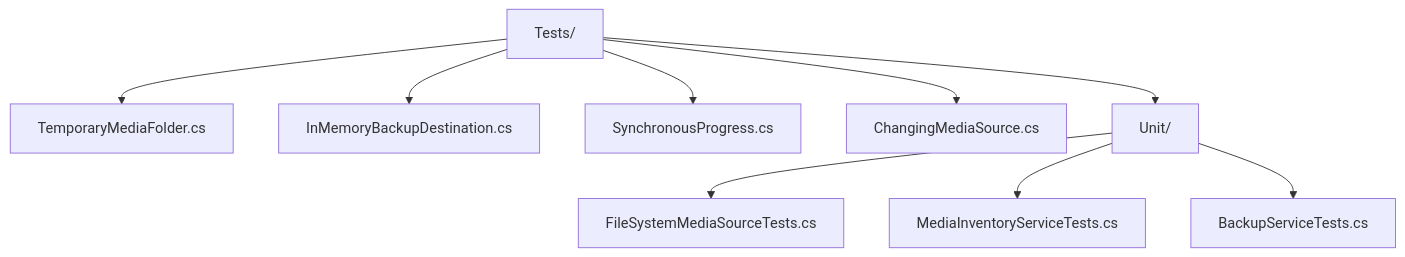
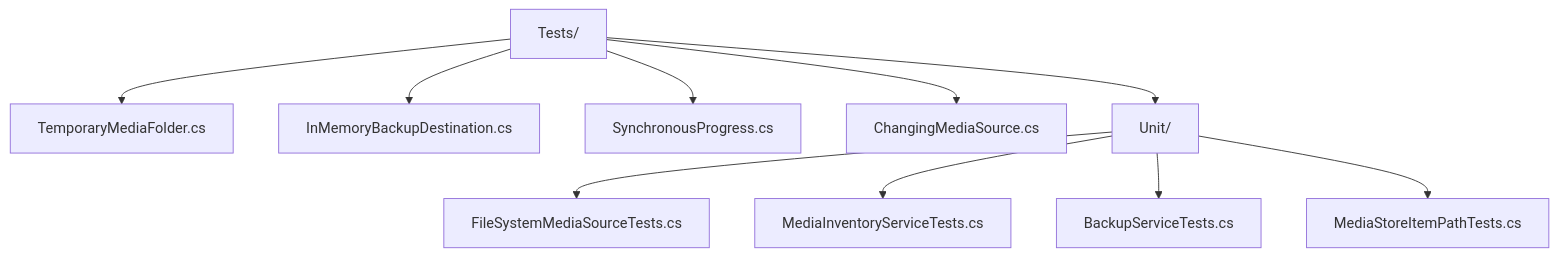
The diagram in src/DcimCloudSync.Core.Tests/README.md (f2calv/android-dcim-cloud-sync), drawn with Mermaid before and after one commit. The commit also changed other lines of this file and 18 other files, not shown here.

First line of the commit message:
feat(android): scan DCIM photos and videos through MediaStore

````diff
--- a/src/DcimCloudSync.Core.Tests/README.md
+++ b/src/DcimCloudSync.Core.Tests/README.md
@@ -34,11 +35,12 @@
 ```mermaid
 graph TD
     Tests[Tests/] --> Folder[TemporaryMediaFolder.cs]
     Tests --> Destination[InMemoryBackupDestination.cs]
     Tests --> Progress[SynchronousProgress.cs]
     Tests --> Changing[ChangingMediaSource.cs]
     Tests --> Unit[Unit/]
     Unit --> Source[FileSystemMediaSourceTests.cs]
     Unit --> Inventory[MediaInventoryServiceTests.cs]
     Unit --> Backup[BackupServiceTests.cs]
+    Unit --> MediaStore[MediaStoreItemPathTests.cs]
 ```
````
